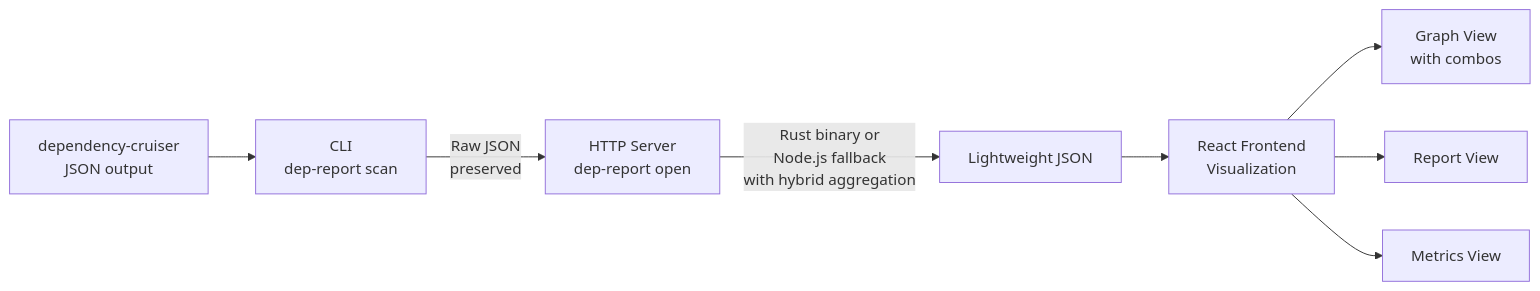
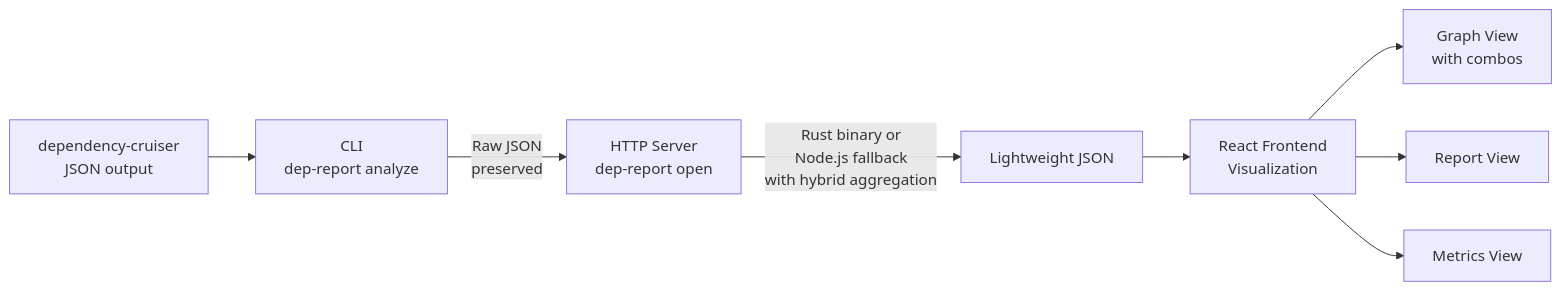
The first of 3 diagrams in docs/overview/project-overview.md (fisher-89/dependency-cruiser-reporter), drawn with Mermaid before and after one commit. The commit also changed other lines of this file and 14 other files, not shown here.

First line of the commit message:
refactor(cli): rename scan command to analyze

````diff
--- a/docs/overview/project-overview.md
+++ b/docs/overview/project-overview.md
@@ -19,10 +19,10 @@
 ```mermaid
 flowchart LR
-    DC[dependency-cruiser\nJSON output] --> CLI[CLI\ndep-report scan]
+    DC[dependency-cruiser\nJSON output] --> CLI[CLI\ndep-report analyze]
     CLI -->|Raw JSON\npreserved| Server[HTTP Server\ndep-report open]
     Server -->|Rust binary or\nNode.js fallback\nwith hybrid aggregation| JSON[Lightweight JSON]
     JSON --> FE[React Frontend\nVisualization]
     FE --> Graph[Graph View\nwith combos]
     FE --> Report[Report View]
     FE --> Metrics[Metrics View]
 ```
````
